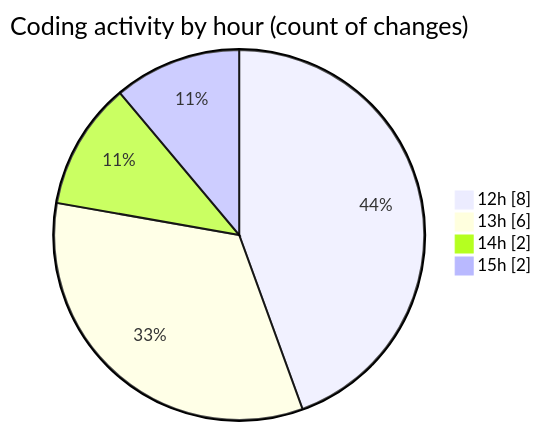
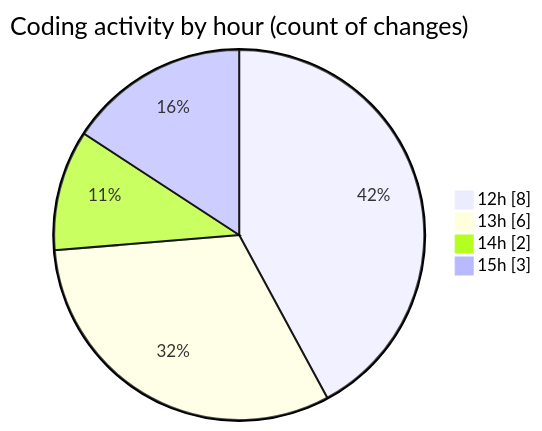
One commit to nxtqubesakshisongat/code-tracking changed the second of 2 diagrams in 2026-02-05/nxtqube_webapp/README.md. Above: the diagram before and after it, drawn with Mermaid. The commit also changed other lines of this file and 1 other file, not shown here.

````diff
--- a/2026-02-05/nxtqube_webapp/README.md
+++ b/2026-02-05/nxtqube_webapp/README.md
@@ -34,8 +34,8 @@
 ```mermaid
 pie showData
 title Coding activity by hour (count of changes)
 "12h" : 8
 "13h" : 6
 "14h" : 2
-"15h" : 2
+"15h" : 3
 ```
````
